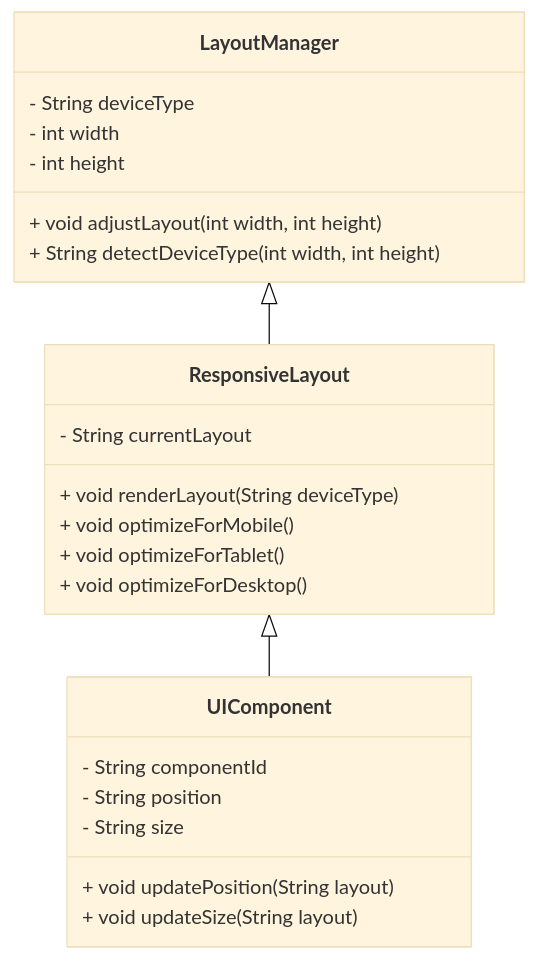
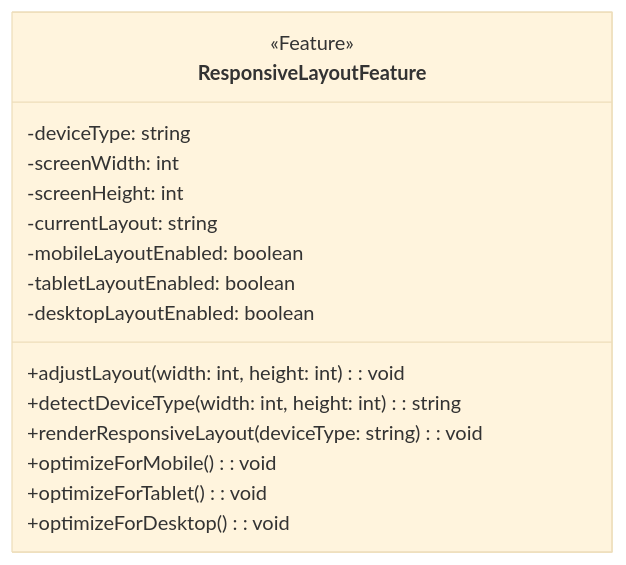
One commit to sun922/University-SoftwareDesign changed the second of 4 diagrams in 1. Requirement Analysis/Software Requirements Specification.md. Above: the diagram before and after it, drawn with Mermaid (base theme). The commit also changed other lines of this file, not shown here.

Commit message:
디자인 요구사항 클래스다이어그램 변경4

````diff
--- a/1. Requirement Analysis/Software Requirements Specification.md
+++ b/1. Requirement Analysis/Software Requirements Specification.md
@@ -293,29 +293,20 @@
 ```mermaid
 classDiagram
-    class LayoutManager {
-        - String deviceType
-        - int width
-        - int height
-        + void adjustLayout(int width, int height)
-        + String detectDeviceType(int width, int height)
+    class ResponsiveLayoutFeature {
+        <<Feature>>
+        -deviceType: string
+        -screenWidth: int
+        -screenHeight: int
+        -currentLayout: string
+        -mobileLayoutEnabled: boolean
+        -tabletLayoutEnabled: boolean
+        -desktopLayoutEnabled: boolean
+
+        +adjustLayout(width: int, height: int): void
+        +detectDeviceType(width: int, height: int): string
+        +renderResponsiveLayout(deviceType: string): void
+        +optimizeForMobile(): void
+        +optimizeForTablet(): void
+        +optimizeForDesktop(): void
     }
-
-    class ResponsiveLayout {
-        - String currentLayout
-        + void renderLayout(String deviceType)
-        + void optimizeForMobile()
-        + void optimizeForTablet()
-        + void optimizeForDesktop()
-    }
-
-    class UIComponent {
-        - String componentId
-        - String position
-        - String size
-        + void updatePosition(String layout)
-        + void updateSize(String layout)
-    }
-
-    LayoutManager <|-- ResponsiveLayout
-    ResponsiveLayout <|-- UIComponent
 ```
````
